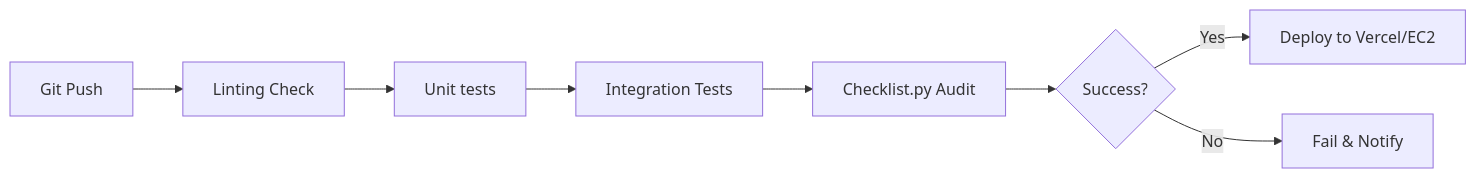
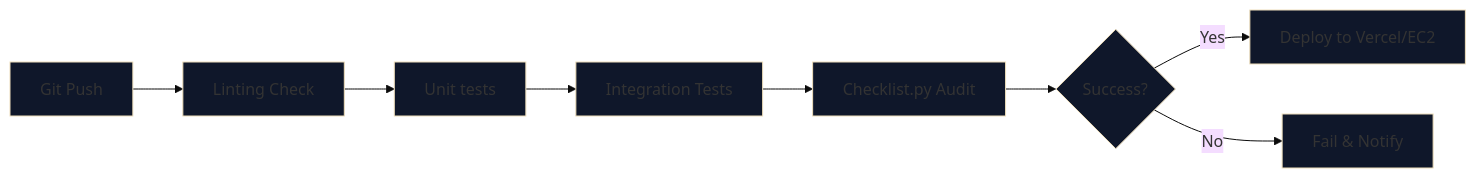
One commit to Ab-aswini/Agent-kit-P1 changed the ninth of 10 diagrams in README.md. Above: the diagram before and after it, drawn with Mermaid. The commit also changed other lines of this file, not shown here.

Commit message:
docs: premium README polishing with 10/10 aesthetics, high-impact alerts, and unified Mermaid themes

````diff
--- a/README.md
+++ b/README.md
@@ -310,10 +334,11 @@
 ```mermaid
+%%{init: {'theme': 'base', 'themeVariables': { 'mainBkg': '#0f172a' }}}%%
 flowchart LR
     A[Git Push] --> B[Linting Check]
     B --> C[Unit tests]
     C --> D[Integration Tests]
     D --> E[Checklist.py Audit]
     E --> F{Success?}
     F -- Yes --> G[Deploy to Vercel/EC2]
     F -- No --> H[Fail & Notify]
 ```
````
